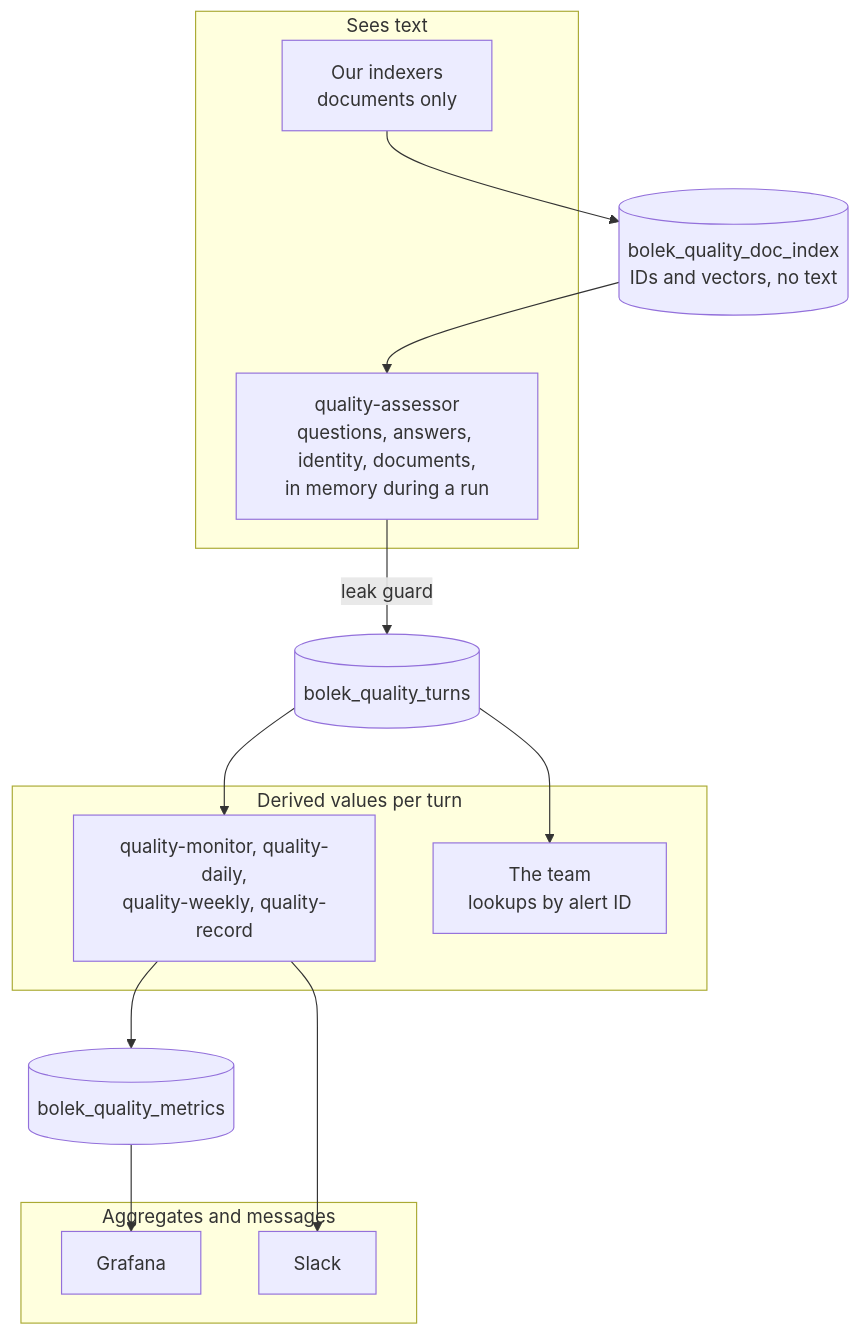
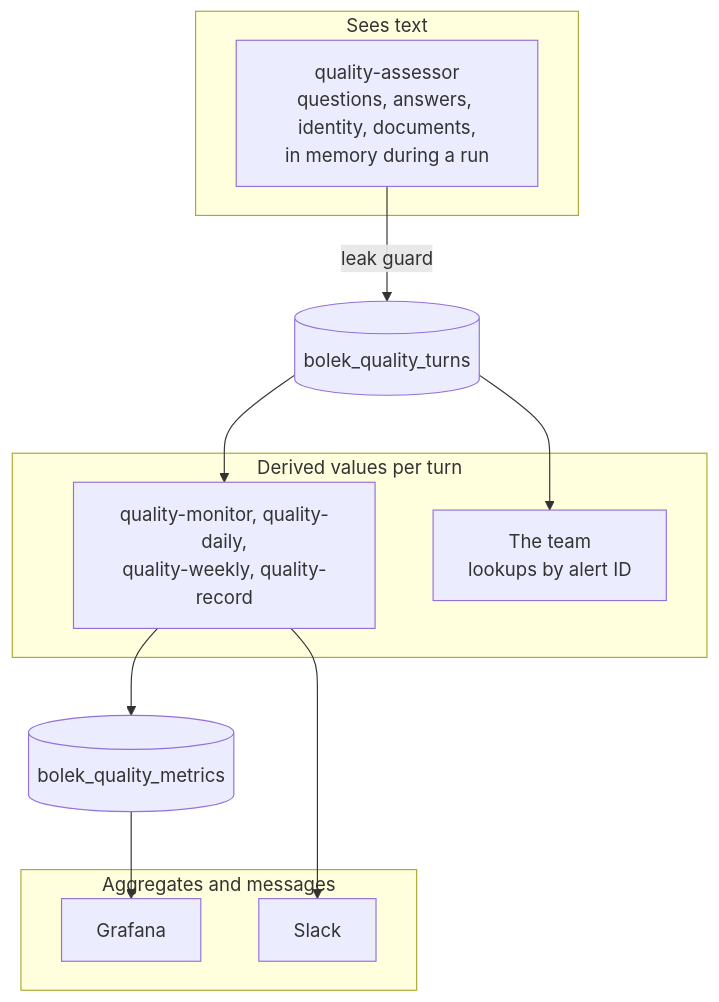
Diagram 13 of 19 in design-doc.md (pborkowski-rtbh/conversation-analyzer), drawn with Mermaid before and after one commit. The commit also changed other lines of this file and 1 other file, not shown here.

````diff
--- a/design-doc.md
+++ b/design-doc.md
@@ -1270,23 +1268,20 @@
 ```mermaid
 flowchart TB
     subgraph Z1["Sees text"]
         A["quality-assessor<br/>questions, answers, identity, documents,<br/>in memory during a run"]
-        I["Our indexers<br/>documents only"]
     end
     subgraph Z2["Derived values per turn"]
         R["quality-monitor, quality-daily,<br/>quality-weekly, quality-record"]
         TEAM["The team<br/>lookups by alert ID"]
     end
     subgraph Z3["Aggregates and messages"]
         G["Grafana"]
         S["Slack"]
     end
     A -->|"leak guard"| T[("bolek_quality_turns")]
-    I --> X[("bolek_quality_doc_index<br/>IDs and vectors, no text")]
-    X --> A
     T --> R
     T --> TEAM
     R --> M[("bolek_quality_metrics")]
     M --> G
     R --> S
 ```
````
